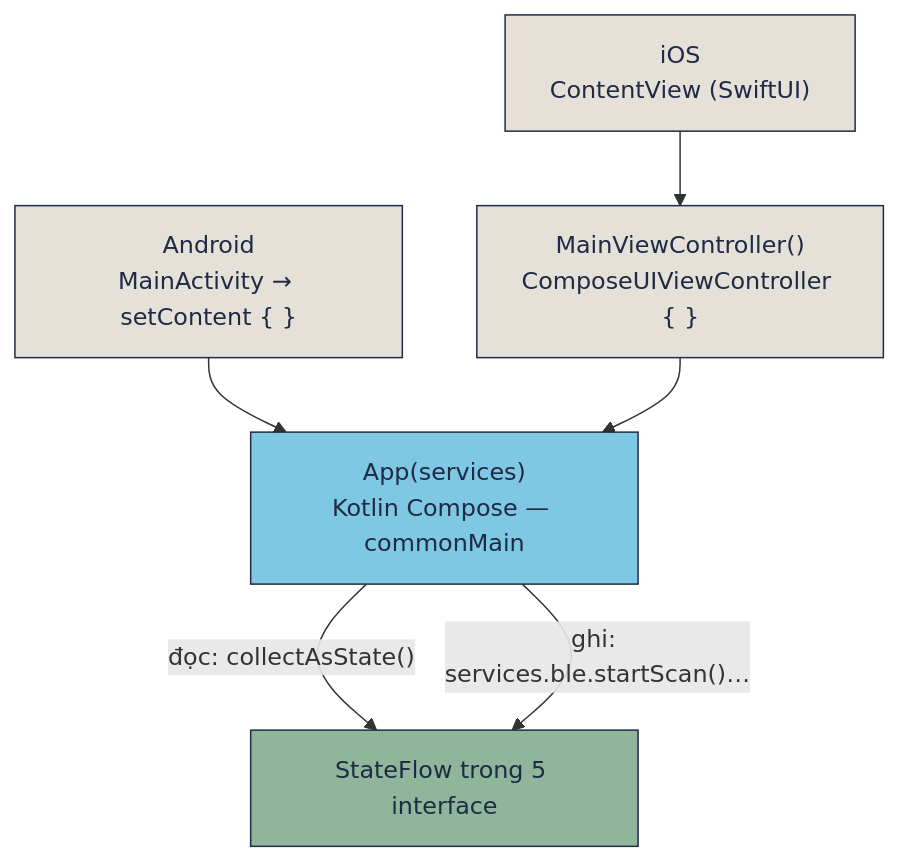
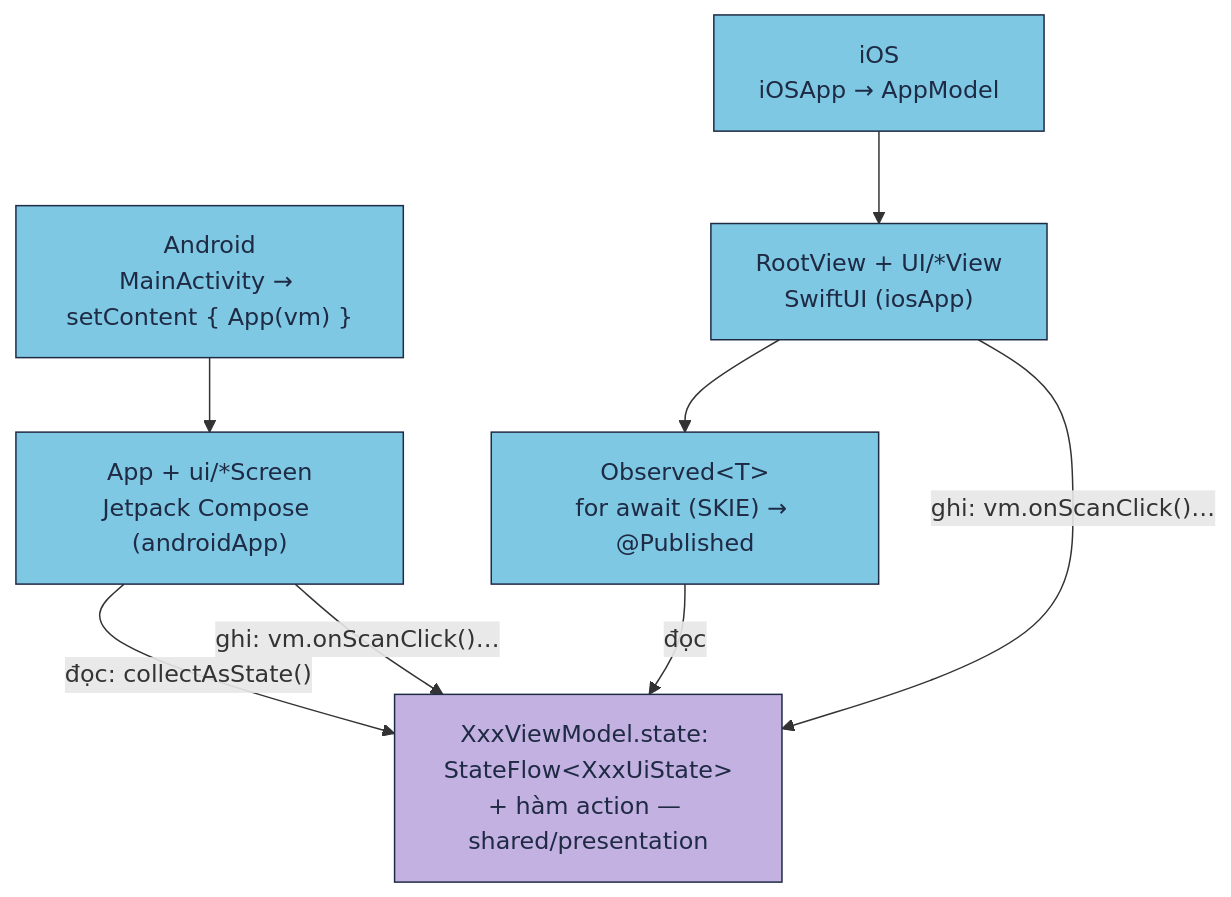
Before and after one commit to tucarmd/kotlin-multi-platform: the fifth of 5 diagrams in docs/README-KMP-HOW-IT-WORKS.md, drawn with Mermaid. The commit also changed other lines of this file and 16 other files, not shown here.

First line of the commit message:
docs(site): R6 — docs follow the native-UI architecture (Jetpack Compose · SwiftUI on shared ViewModels)

````diff
--- a/docs/README-KMP-HOW-IT-WORKS.md
+++ b/docs/README-KMP-HOW-IT-WORKS.md
@@ -210,15 +222,20 @@
 ```mermaid
 flowchart TB
-    MA["Android<br/>MainActivity → setContent { }"]
-    CV["iOS<br/>ContentView (SwiftUI)"] --> MVC["MainViewController()<br/>ComposeUIViewController { }"]
-    MA --> APP["App(services)<br/>Kotlin Compose — commonMain"]
-    MVC --> APP
-    APP -- "đọc: collectAsState()" --> SF["StateFlow trong 5 interface"]
-    APP -- "ghi: services.ble.startScan()…" --> SF
-    classDef shell fill:#e5e1d8,stroke:#1F2A44,color:#1F2A44
+    MA["Android<br/>MainActivity → setContent { App(vm) }"]
+    APP["App + ui/*Screen<br/>Jetpack Compose (androidApp)"]
+    SW["iOS<br/>iOSApp → AppModel"]
+    RV["RootView + UI/*View<br/>SwiftUI (iosApp)"]
+    OB["Observed&lt;T&gt;<br/>for await (SKIE) → @Published"]
+    VM["XxxViewModel.state: StateFlow&lt;XxxUiState&gt;<br/>+ hàm action — shared/presentation"]
+    MA --> APP
+    SW --> RV
+    APP -- "đọc: collectAsState()" --> VM
+    APP -- "ghi: vm.onScanClick()…" --> VM
+    RV --> OB
+    OB -- "đọc" --> VM
+    RV -- "ghi: vm.onScanClick()…" --> VM
     classDef ui fill:#7EC8E3,stroke:#1F2A44,color:#1F2A44
-    classDef kmp fill:#8FB59A,stroke:#1F2A44,color:#1F2A44
-    class MA,CV,MVC shell
-    class APP ui
-    class SF kmp
+    classDef vm fill:#C3B1E1,stroke:#1F2A44,color:#1F2A44
+    class MA,APP,SW,RV,OB ui
+    class VM vm
 ```
````
